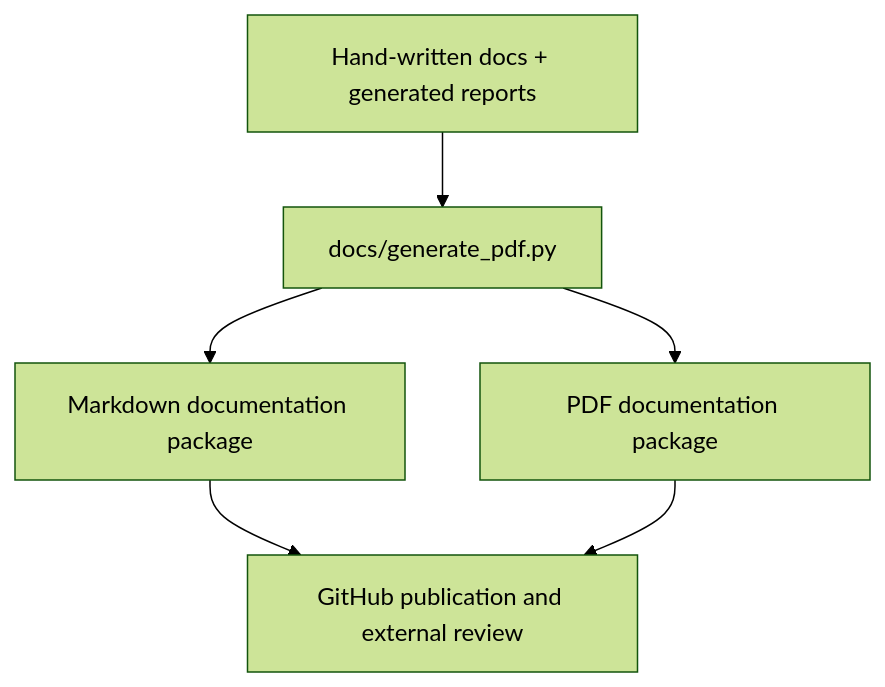
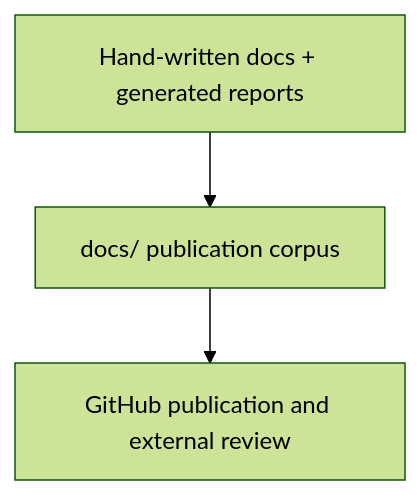
One commit to Tresorkaseka/Deantologie_researchpaper_simulation changed the fourth of 4 diagrams in docs/Project_Architecture.md. Above: the diagram before and after it, drawn with Mermaid (forest theme). The commit also changed other lines of this file and 10 other files, not shown here.

````diff
--- a/docs/Project_Architecture.md
+++ b/docs/Project_Architecture.md
@@ -137,8 +136,5 @@
 ```mermaid
 flowchart TD
-    SRC["Hand-written docs + generated reports"] --> PDF["docs/generate_pdf.py"]
-    PDF --> MD["Markdown documentation package"]
-    PDF --> OUT["PDF documentation package"]
-    MD --> REVIEW["GitHub publication and external review"]
-    OUT --> REVIEW
+    SRC["Hand-written docs + generated reports"] --> DOCS["docs/ publication corpus"]
+    DOCS --> REVIEW["GitHub publication and external review"]
 ```
````
